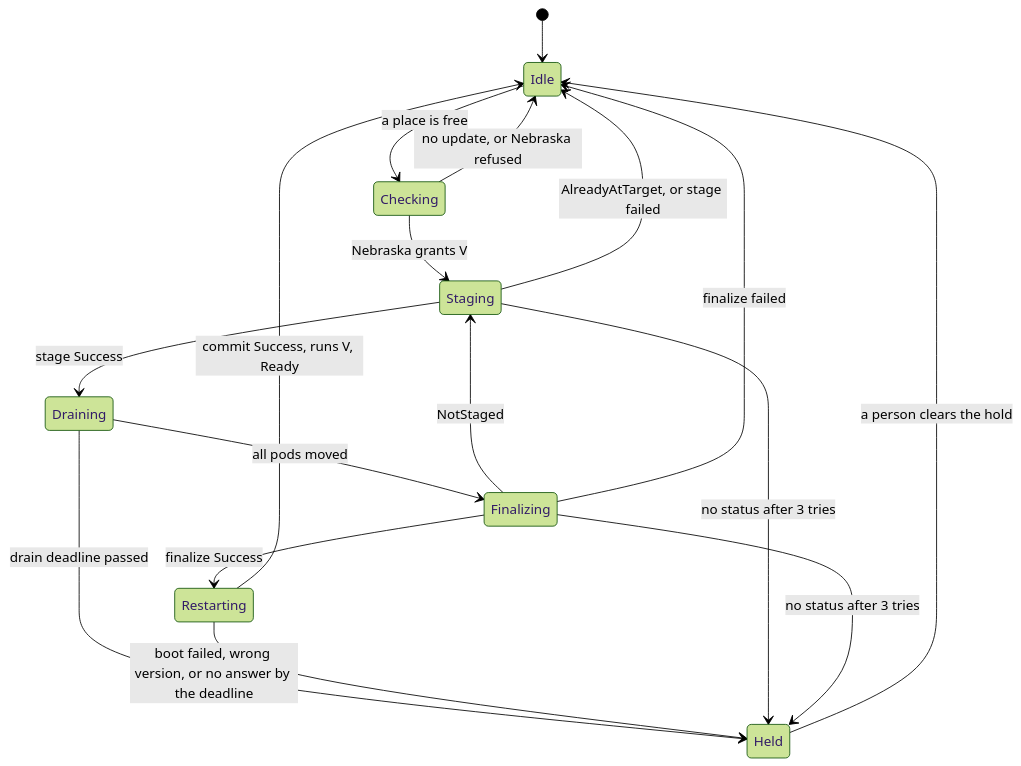
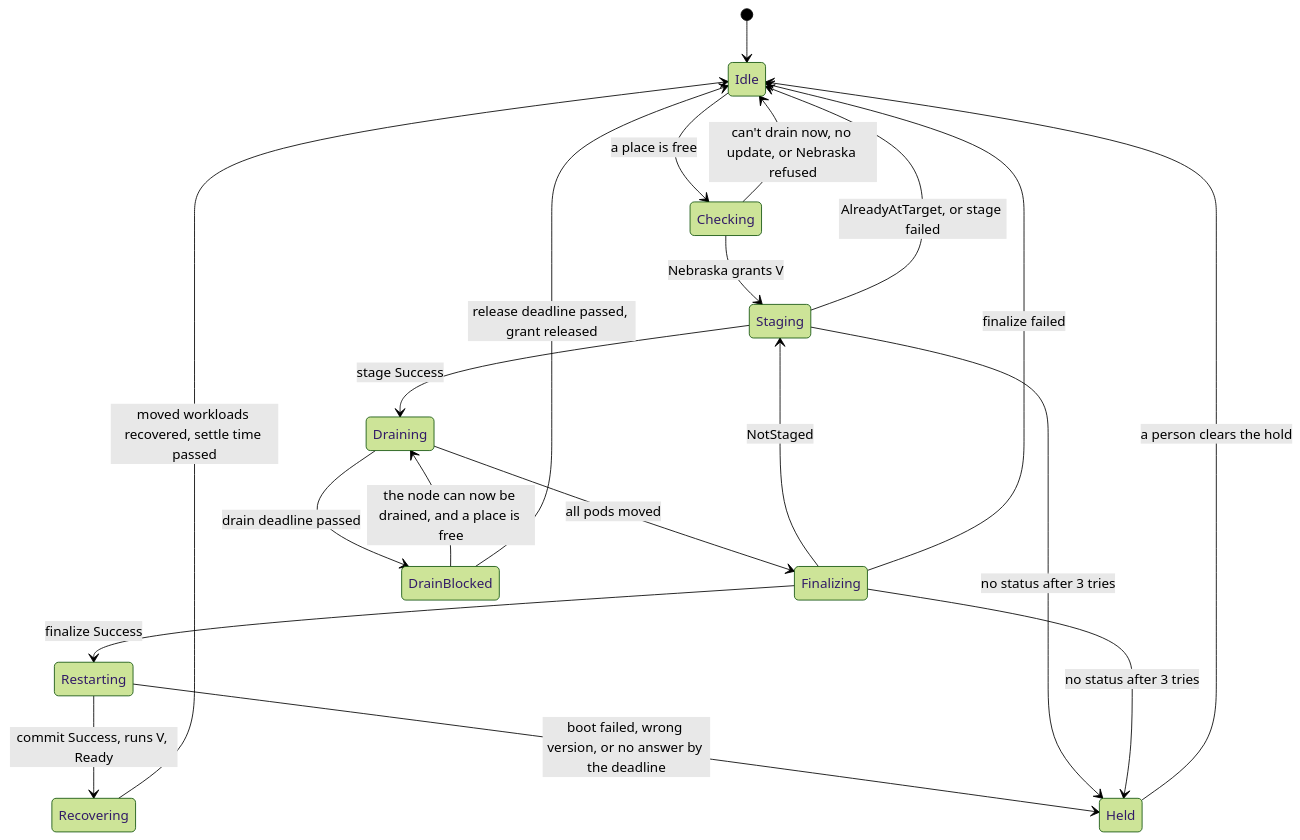
The sixth of 7 diagrams in designs/unbounded-acl-update.md (Azure/unbounded), drawn with Mermaid (forest theme) before and after one commit. The commit also changed other lines of this file, not shown here.

First line of the commit message:
docs(designs): settle how ACL updates drain nodes

````diff
--- a/designs/unbounded-acl-update.md
+++ b/designs/unbounded-acl-update.md
@@ -479,19 +498,22 @@
 ```mermaid
 stateDiagram-v2
     [*] --> Idle
     Idle --> Checking: a place is free
-    Checking --> Idle: no update, or Nebraska refused
+    Checking --> Idle: can't drain now, no update, or Nebraska refused
     Checking --> Staging: Nebraska grants V
     Staging --> Draining: stage Success
     Staging --> Idle: AlreadyAtTarget, or stage failed
     Draining --> Finalizing: all pods moved
-    Draining --> Held: drain deadline passed
+    Draining --> DrainBlocked: drain deadline passed
+    DrainBlocked --> Draining: the node can now be drained, and a place is free
+    DrainBlocked --> Idle: release deadline passed, grant released
     Finalizing --> Restarting: finalize Success
     Finalizing --> Staging: NotStaged
     Finalizing --> Idle: finalize failed
-    Restarting --> Idle: commit Success, runs V, Ready
+    Restarting --> Recovering: commit Success, runs V, Ready
+    Recovering --> Idle: moved workloads recovered, settle time passed
     Restarting --> Held: boot failed, wrong version, or no answer by the deadline
     Staging --> Held: no status after 3 tries
     Finalizing --> Held: no status after 3 tries
     Held --> Idle: a person clears the hold
 ```
````
